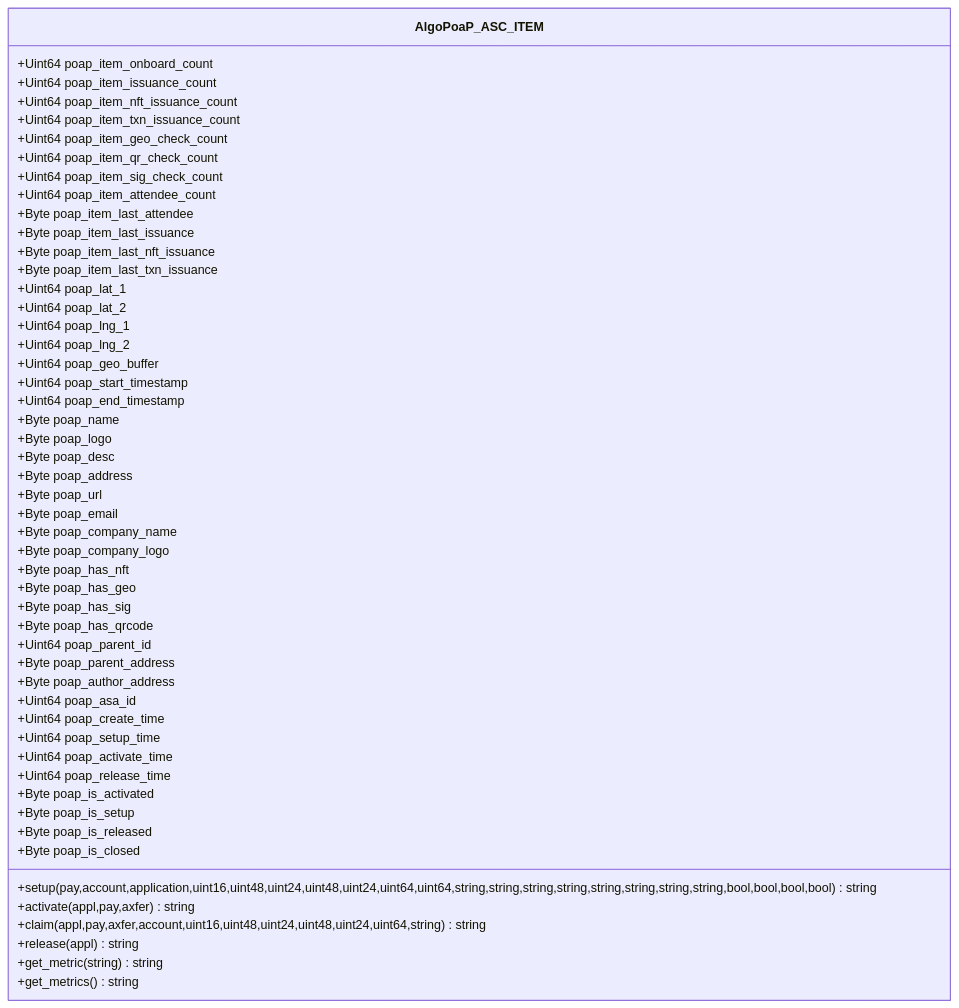
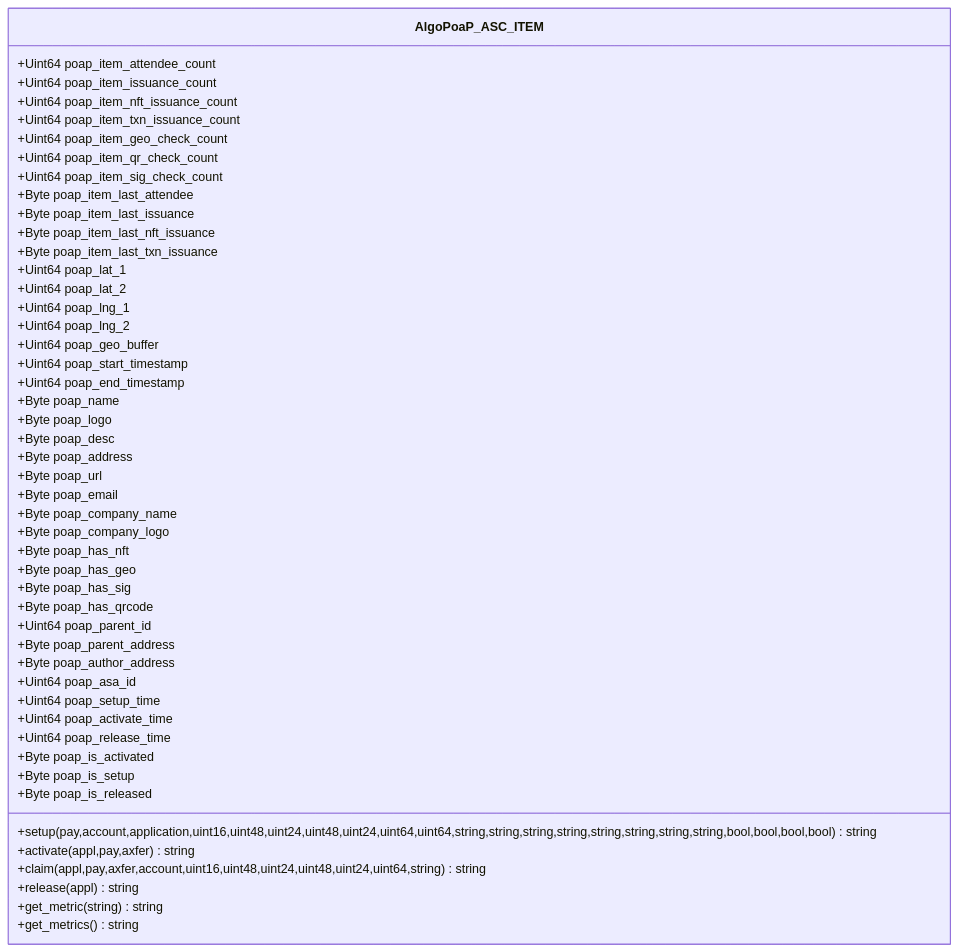
The tenth of 10 diagrams in profile/README.md (GoPlausible/.github), drawn with Mermaid before and after one commit.

````diff
--- a/profile/README.md
+++ b/profile/README.md
@@ -596,68 +596,67 @@
 ```mermaid
   classDiagram
     class AlgoPoaP_ASC_ITEM
-    AlgoPoaP_ASC_ITEM : +Uint64 poap_item_onboard_count
+    AlgoPoaP_ASC_ITEM : +Uint64 poap_item_attendee_count
     AlgoPoaP_ASC_ITEM : +Uint64 poap_item_issuance_count
     AlgoPoaP_ASC_ITEM : +Uint64 poap_item_nft_issuance_count
     AlgoPoaP_ASC_ITEM : +Uint64 poap_item_txn_issuance_count
 
     AlgoPoaP_ASC_ITEM : +Uint64 poap_item_geo_check_count
     AlgoPoaP_ASC_ITEM : +Uint64 poap_item_qr_check_count
     AlgoPoaP_ASC_ITEM : +Uint64 poap_item_sig_check_count
 
-    AlgoPoaP_ASC_ITEM : +Uint64 poap_item_attendee_count
+  
     AlgoPoaP_ASC_ITEM : +Byte poap_item_last_attendee
     AlgoPoaP_ASC_ITEM : +Byte poap_item_last_issuance
     AlgoPoaP_ASC_ITEM : +Byte poap_item_last_nft_issuance
     AlgoPoaP_ASC_ITEM : +Byte poap_item_last_txn_issuance
 
 
     AlgoPoaP_ASC_ITEM : +Uint64 poap_lat_1
     AlgoPoaP_ASC_ITEM : +Uint64 poap_lat_2
     AlgoPoaP_ASC_ITEM : +Uint64 poap_lng_1
     AlgoPoaP_ASC_ITEM : +Uint64 poap_lng_2
     AlgoPoaP_ASC_ITEM : +Uint64 poap_geo_buffer
     AlgoPoaP_ASC_ITEM : +Uint64 poap_start_timestamp
     AlgoPoaP_ASC_ITEM : +Uint64 poap_end_timestamp
     AlgoPoaP_ASC_ITEM : +Byte poap_name
     AlgoPoaP_ASC_ITEM : +Byte poap_logo
     AlgoPoaP_ASC_ITEM : +Byte poap_desc
     AlgoPoaP_ASC_ITEM : +Byte poap_address
     AlgoPoaP_ASC_ITEM : +Byte poap_url
     AlgoPoaP_ASC_ITEM : +Byte poap_email
     AlgoPoaP_ASC_ITEM : +Byte poap_company_name
     AlgoPoaP_ASC_ITEM : +Byte poap_company_logo
     AlgoPoaP_ASC_ITEM : +Byte poap_has_nft
     AlgoPoaP_ASC_ITEM : +Byte poap_has_geo
     AlgoPoaP_ASC_ITEM : +Byte poap_has_sig
     AlgoPoaP_ASC_ITEM : +Byte poap_has_qrcode
 
     AlgoPoaP_ASC_ITEM : +Uint64 poap_parent_id
     AlgoPoaP_ASC_ITEM : +Byte poap_parent_address
     AlgoPoaP_ASC_ITEM : +Byte poap_author_address
     AlgoPoaP_ASC_ITEM : +Uint64 poap_asa_id
-
-     AlgoPoaP_ASC_ITEM : +Uint64 poap_create_time
-    AlgoPoaP_ASC_ITEM : +Uint64 poap_setup_time
+    
+   AlgoPoaP_ASC_ITEM : +Uint64 poap_setup_time
     AlgoPoaP_ASC_ITEM : +Uint64 poap_activate_time
     AlgoPoaP_ASC_ITEM : +Uint64 poap_release_time
 
 
      AlgoPoaP_ASC_ITEM : +Byte poap_is_activated
     AlgoPoaP_ASC_ITEM : +Byte poap_is_setup
     AlgoPoaP_ASC_ITEM : +Byte poap_is_released
-    AlgoPoaP_ASC_ITEM : +Byte poap_is_closed
+
 
 
  
 
     AlgoPoaP_ASC_ITEM : +setup(pay,account,application,uint16,uint48,uint24,uint48,uint24,uint64,uint64,string,string,string,string,string,string,string,string,bool,bool,bool,bool)string
     AlgoPoaP_ASC_ITEM : +activate(appl,pay,axfer)string
     AlgoPoaP_ASC_ITEM : +claim(appl,pay,axfer,account,uint16,uint48,uint24,uint48,uint24,uint64,string)string
     AlgoPoaP_ASC_ITEM : +release(appl)string
     AlgoPoaP_ASC_ITEM : +get_metric(string)string
     AlgoPoaP_ASC_ITEM : +get_metrics()string
     
   
     
 ```
````
